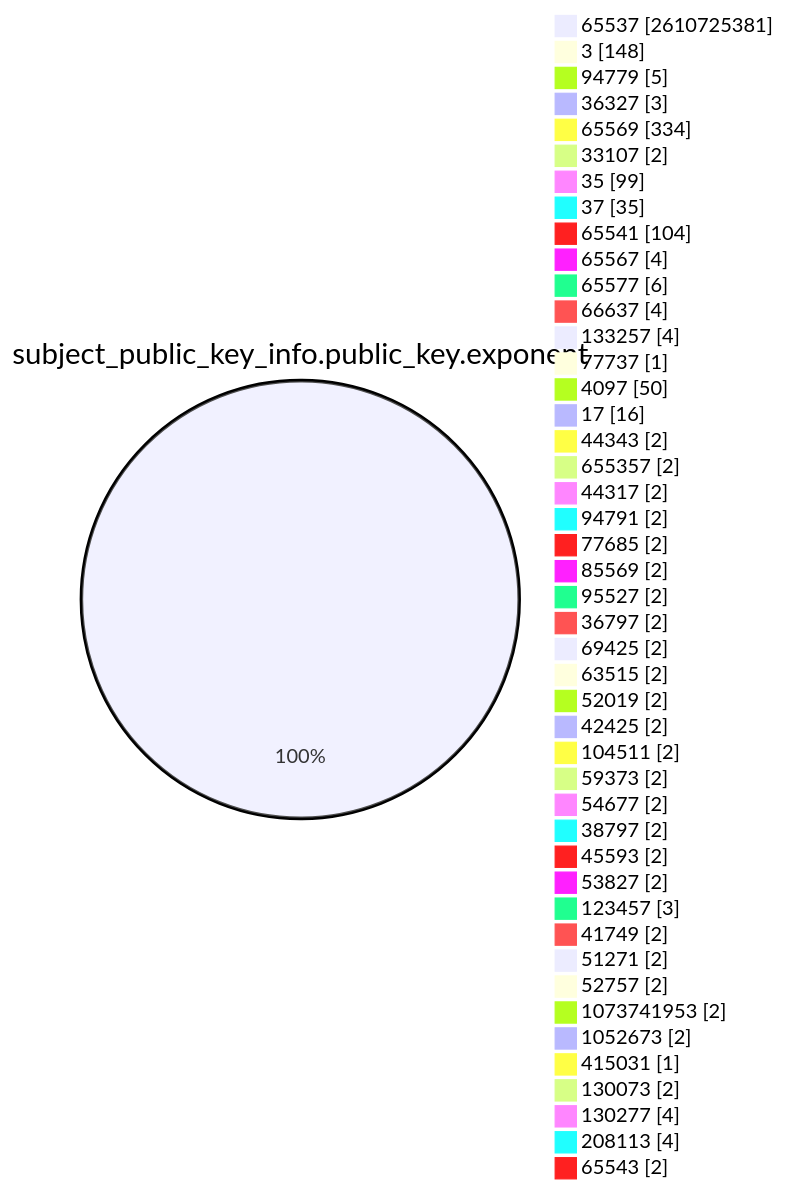
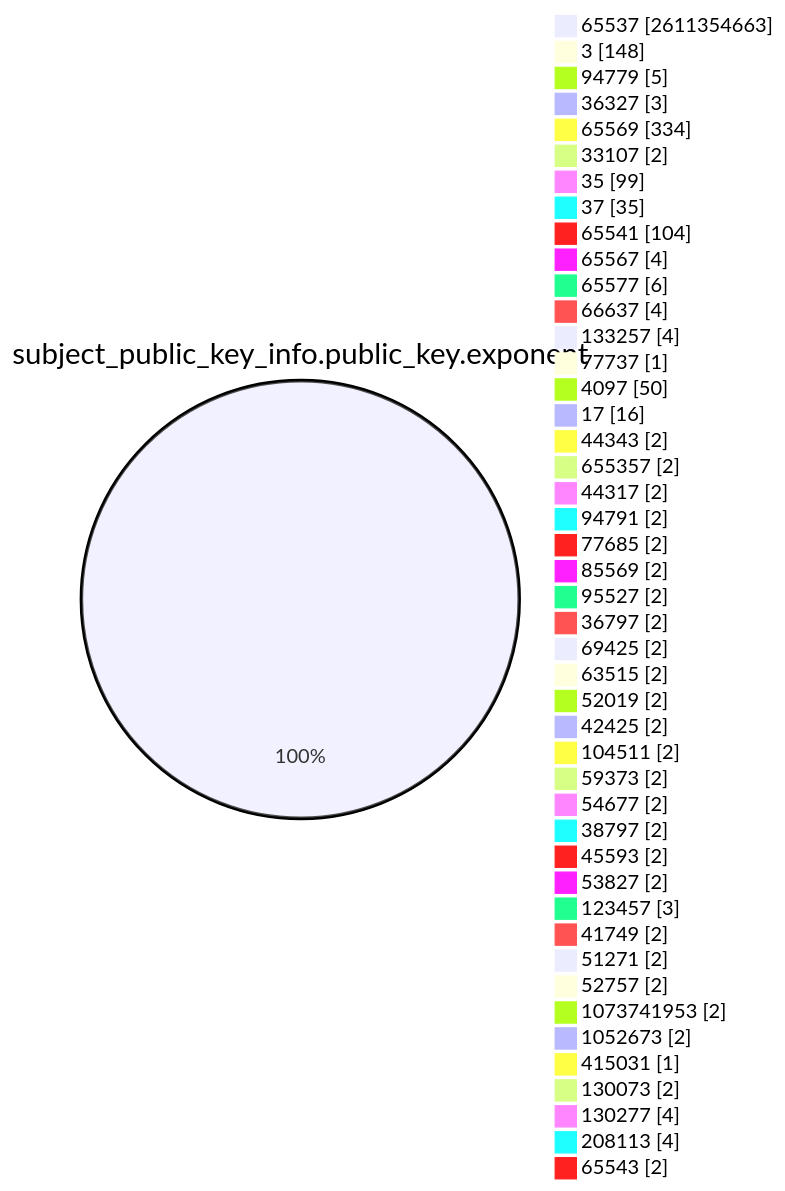
Before and after one commit to christiankrug/ctmonitor_visualization: the fourth of 15 diagrams in TOTAL/README.md, drawn with Mermaid. The commit also changed other lines of this file, not shown here.

````diff
--- a/TOTAL/README.md
+++ b/TOTAL/README.md
@@ -1465,49 +1465,49 @@
 ```mermaid
 pie showData
 title subject_public_key_info.public_key.exponent
-"65537" :2610725381
+"65537" :2611354663
 "3" :148
 "94779" :5
 "36327" :3
 "65569" :334
 "33107" :2
 "35" :99
 "37" :35
 "65541" :104
 "65567" :4
 "65577" :6
 "66637" :4
 "133257" :4
 "77737" :1
 "4097" :50
 "17" :16
 "44343" :2
 "655357" :2
 "44317" :2
 "94791" :2
 "77685" :2
 "85569" :2
 "95527" :2
 "36797" :2
 "69425" :2
 "63515" :2
 "52019" :2
 "42425" :2
 "104511" :2
 "59373" :2
 "54677" :2
 "38797" :2
 "45593" :2
 "53827" :2
 "123457" :3
 "41749" :2
 "51271" :2
 "52757" :2
 "1073741953" :2
 "1052673" :2
 "415031" :1
 "130073" :2
 "130277" :4
 "208113" :4
 "65543" :2
 ```
````
